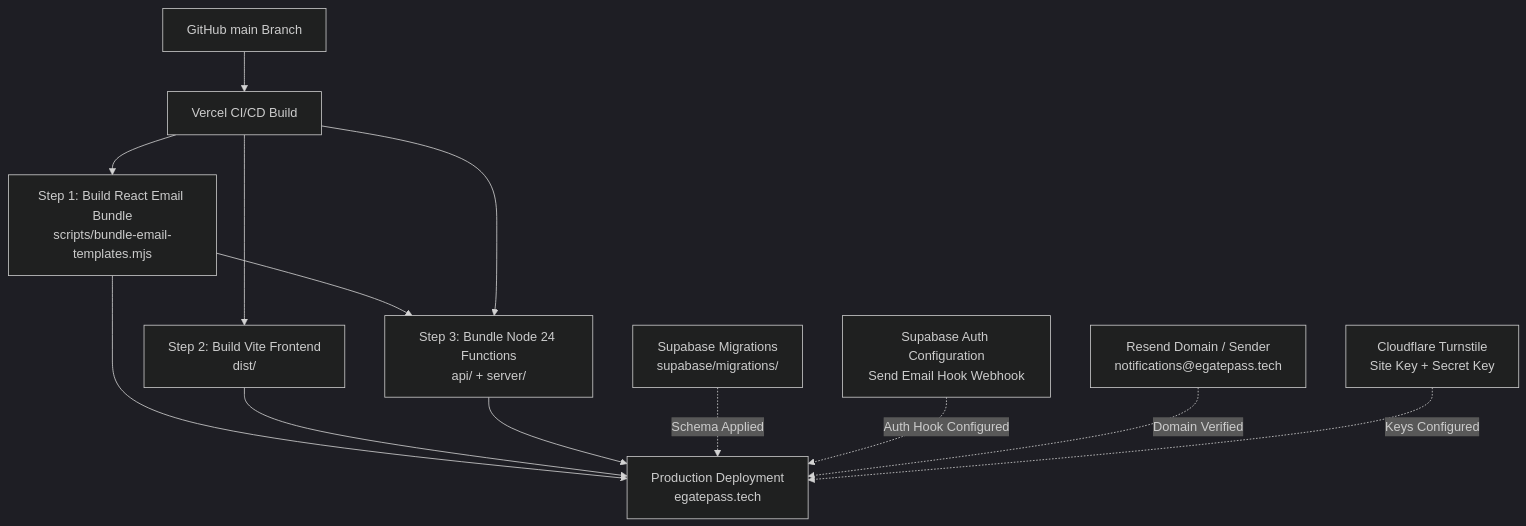
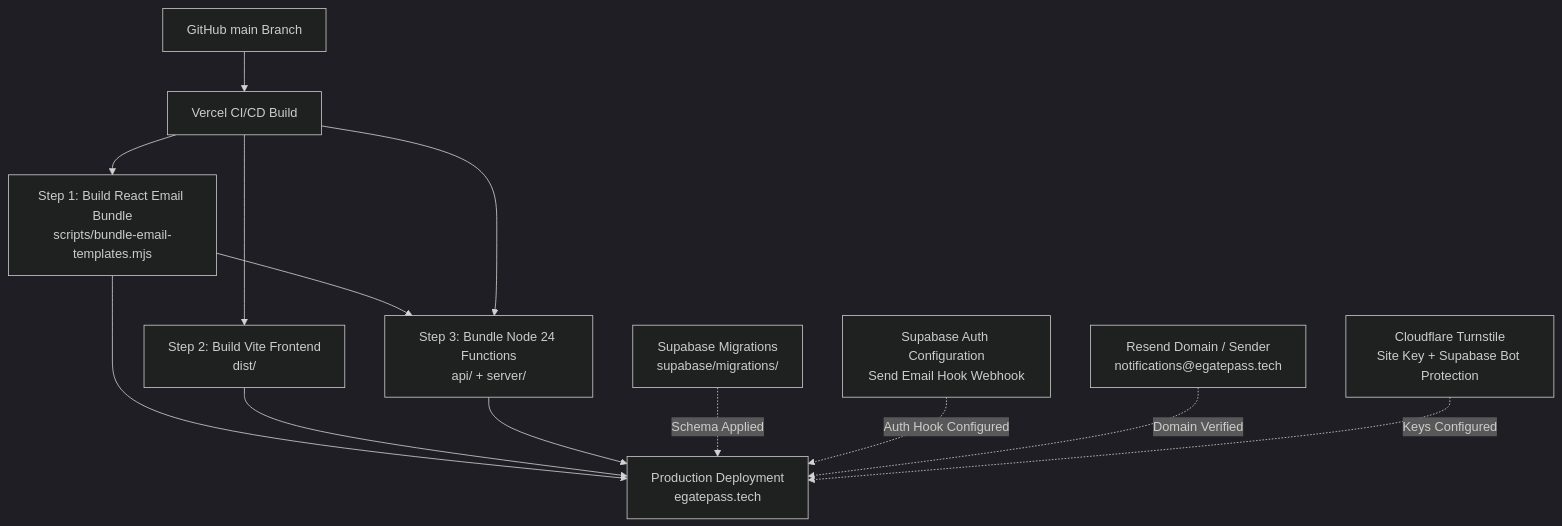
Before and after one commit to jsphhbna/egatepass: the first of 2 diagrams in docs/DEPLOYMENT.md, drawn with Mermaid (dark theme). The commit also changed other lines of this file and 13 other files, not shown here.

Commit message:
docs(truthfulness): repair markdown formatting, mermaid blocks, and architectural truthfulness across all active documentation

````diff
--- a/docs/DEPLOYMENT.md
+++ b/docs/DEPLOYMENT.md
@@ -15,29 +15,29 @@
 ```mermaid
 flowchart TD
     Code[GitHub main Branch]
     Vercel[Vercel CI/CD Build]
     Templates[Step 1: Build React Email Bundle<br/>scripts/bundle-email-templates.mjs]
     Frontend[Step 2: Build Vite Frontend<br/>dist/]
     Functions[Step 3: Bundle Node 24 Functions<br/>api/ + server/]
     Deploy[Production Deployment<br/>egatepass.tech]
 
     DB[Supabase Migrations<br/>supabase/migrations/]
     Auth[Supabase Auth Configuration<br/>Send Email Hook Webhook]
     Resend[Resend Domain / Sender<br/>notifications@egatepass.tech]
-    Turnstile[Cloudflare Turnstile<br/>Site Key + Secret Key]
+    Turnstile[Cloudflare Turnstile<br/>Site Key + Supabase Bot Protection]
 
     Code --> Vercel
     Vercel --> Templates
     Templates --> Functions
     Vercel --> Frontend
     Vercel --> Functions
 
     Templates --> Deploy
     Frontend --> Deploy
     Functions --> Deploy
 
     DB -.->|Schema Applied| Deploy
     Auth -.->|Auth Hook Configured| Deploy
     Resend -.->|Domain Verified| Deploy
     Turnstile -.->|Keys Configured| Deploy
 ```
````
